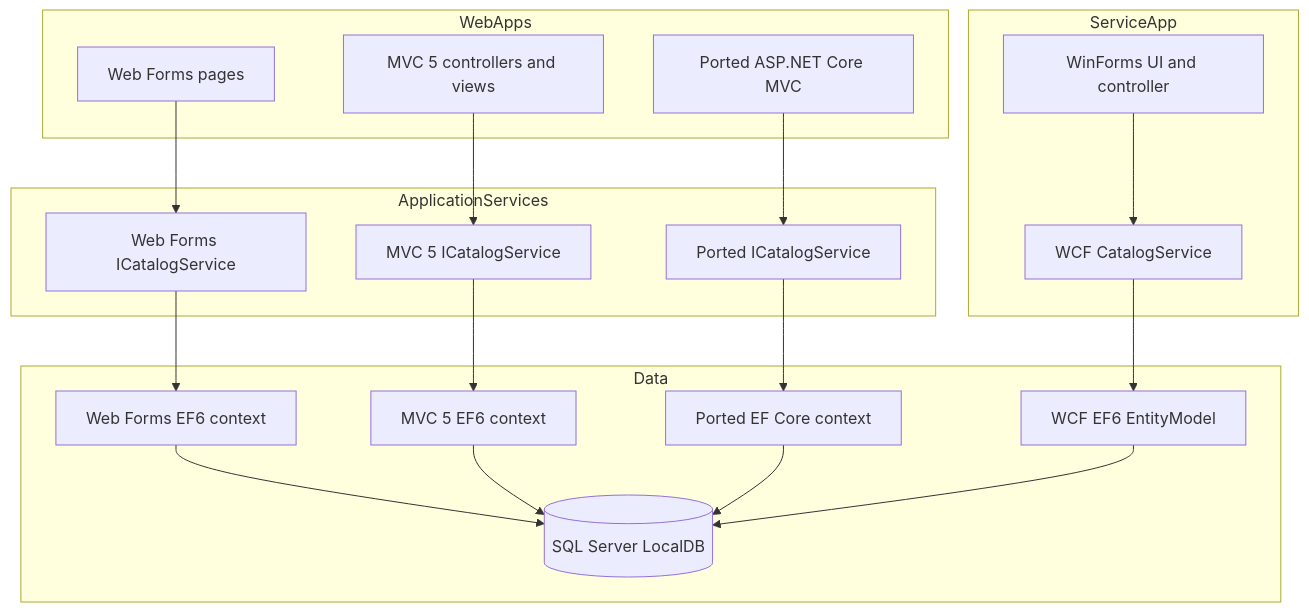
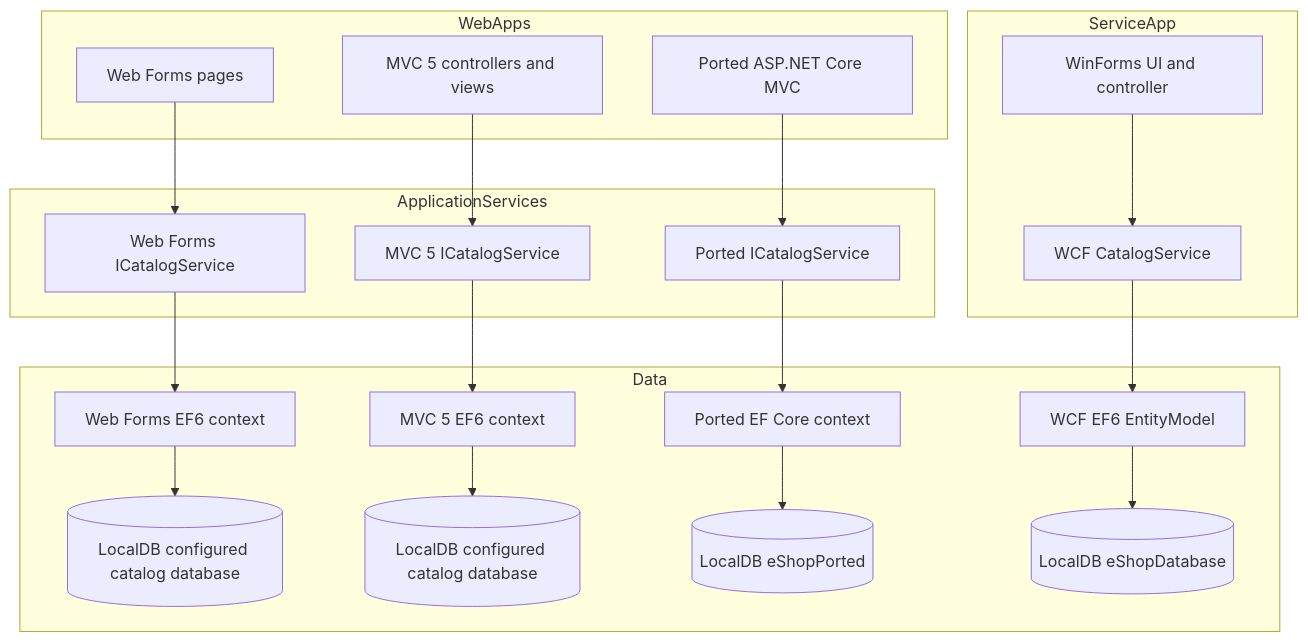
The first of 3 diagrams in docs/Discovery-Report.md (dozdemirr/agentic-sdlc-demo), drawn with Mermaid before and after one commit.

Commit message:
docs: tighten discovery report citations

````diff
--- a/docs/Discovery-Report.md
+++ b/docs/Discovery-Report.md
@@ -106,29 +106,32 @@
 ```mermaid
 graph TB
   subgraph WebApps
     WF[Web Forms pages]
     MVC[MVC 5 controllers and views]
     Ported[Ported ASP.NET Core MVC]
   end
   subgraph ServiceApp
     Desktop[WinForms UI and controller]
     WCF[WCF CatalogService]
   end
   subgraph ApplicationServices
     WFSvc[Web Forms ICatalogService]
     MVCSvc[MVC 5 ICatalogService]
     PortedSvc[Ported ICatalogService]
   end
   subgraph Data
     WFDb[Web Forms EF6 context]
     MVCdb[MVC 5 EF6 context]
     PortedDb[Ported EF Core context]
     WCFDb[WCF EF6 EntityModel]
-    LocalDb[(SQL Server LocalDB)]
+    WFStore[(LocalDB configured catalog database)]
+    MVCStore[(LocalDB configured catalog database)]
+    PortedStore[(LocalDB eShopPorted)]
+    WCFStore[(LocalDB eShopDatabase)]
   end
-  WF --> WFSvc --> WFDb --> LocalDb
-  MVC --> MVCSvc --> MVCdb --> LocalDb
-  Ported --> PortedSvc --> PortedDb --> LocalDb
+  WF --> WFSvc --> WFDb --> WFStore
+  MVC --> MVCSvc --> MVCdb --> MVCStore
+  Ported --> PortedSvc --> PortedDb --> PortedStore
   Desktop --> WCF
-  WCF --> WCFDb --> LocalDb
+  WCF --> WCFDb --> WCFStore
 ```
````
